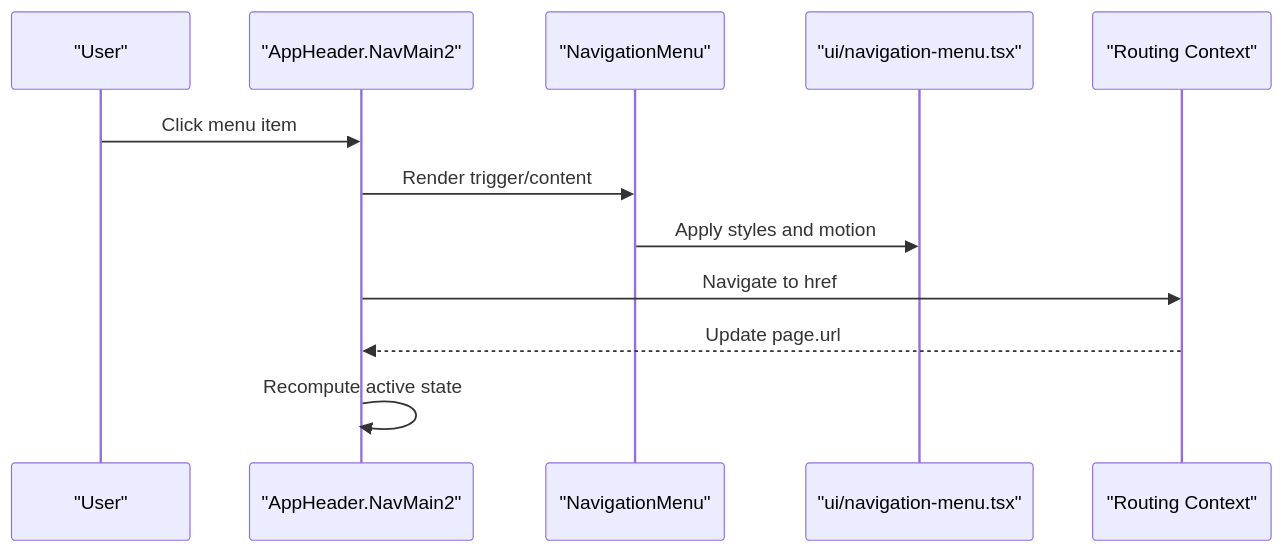
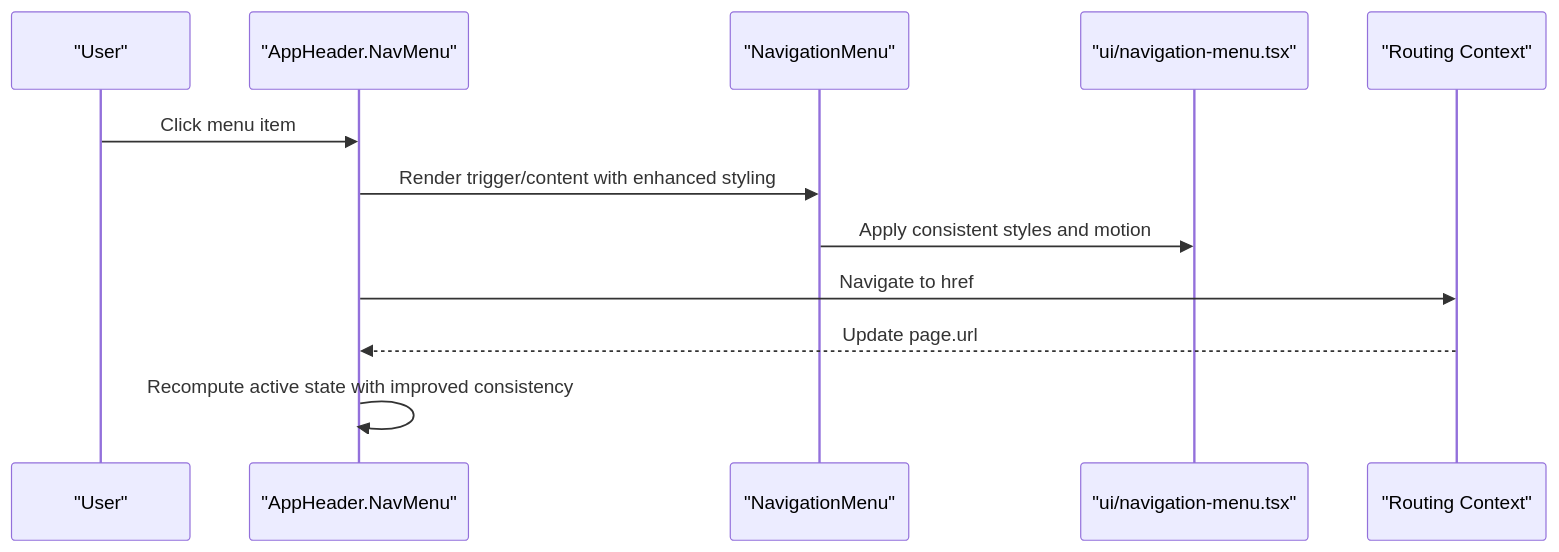
One commit to vincet0t15/template changed the second of 12 diagrams in .qoder/repowiki/en/content/Frontend Components & UI/Navigation Components.md. Above: the diagram before and after it, drawn with Mermaid. The commit also changed other lines of this file and 5 other files, not shown here.

````diff
--- a/.qoder/repowiki/en/content/Frontend Components & UI/Navigation Components.md
+++ b/.qoder/repowiki/en/content/Frontend Components & UI/Navigation Components.md
@@ -153,14 +157,14 @@
 ```mermaid
 sequenceDiagram
 participant U as "User"
-participant AH as "AppHeader.NavMain2"
+participant AH as "AppHeader.NavMenu"
 participant NM as "NavigationMenu"
 participant UI as "ui/navigation-menu.tsx"
 participant R as "Routing Context"
 U->>AH : Click menu item
-AH->>NM : Render trigger/content
-NM->>UI : Apply styles and motion
+AH->>NM : Render trigger/content with enhanced styling
+NM->>UI : Apply consistent styles and motion
 AH->>R : Navigate to href
 R-->>AH : Update page.url
-AH->>AH : Recompute active state
+AH->>AH : Recompute active state with improved consistency
 ```
````
